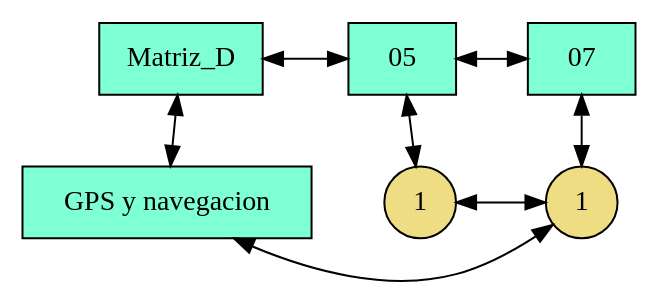
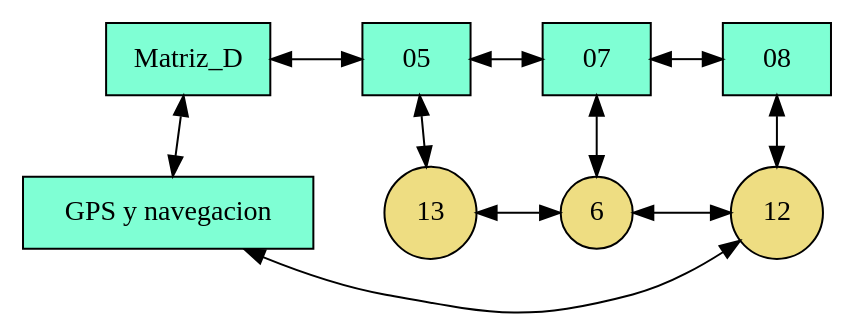
One commit to William58-0/201909103_ProyectoEDD changed the diagram in frontend/src/assets/img/1997-05.dot. Above: the diagram before and after it, drawn with Graphviz. The commit also changed 57 other files, not shown here.

```diff
--- a/frontend/src/assets/img/1997-05.dot
+++ b/frontend/src/assets/img/1997-05.dot
@@ -1,23 +1,30 @@
 digraph {
 rankdir = BT;
 node [shape=rectangle style=filled];
 graph[ nodesep = 0.5];
 { rank=same; nodoMatriz_D; nodo05;}
  { rank=same; nodo05; nodo07;}
- { rank=same; nodoGPS_y_navegacion; nodo07GPS_y_navegacion;}
+ { rank=same; nodo07; nodo08;}
+ { rank=same; nodoGPS_y_navegacion; nodo08GPS_y_navegacion;}
+ { rank=same; nodo08GPS_y_navegacion; nodo07GPS_y_navegacion;}
  { rank=same; nodo07GPS_y_navegacion; nodo05GPS_y_navegacion;}
  nodoMatriz_D [label="Matriz_D" fillcolor=aquamarine]
 nodo05 [label="05" fillcolor=aquamarine]
 nodoMatriz_D->nodo05 [dir=both]
 nodo07 [label="07" fillcolor=aquamarine]
 nodo05->nodo07 [dir=both]
+nodo08 [label="08" fillcolor=aquamarine]
+nodo07->nodo08 [dir=both]
 nodoGPS_y_navegacion [label="GPS y navegacion" fillcolor=aquamarine]
 nodoGPS_y_navegacion->nodoMatriz_D [dir=both]
-nodo07GPS_y_navegacion [label="1" shape=circle fillcolor=lightgoldenrod]
+nodo08GPS_y_navegacion [label="12" shape=circle fillcolor=lightgoldenrod]
+nodo08GPS_y_navegacion->nodo08 [dir=both]
+nodoGPS_y_navegacion->nodo08GPS_y_navegacion [constraint=false; dir=both]
+nodo07GPS_y_navegacion [label="6" shape=circle fillcolor=lightgoldenrod]
 nodo07GPS_y_navegacion->nodo07 [dir=both]
-nodoGPS_y_navegacion->nodo07GPS_y_navegacion [constraint=false; dir=both]
-nodo05GPS_y_navegacion [label="1" shape=circle fillcolor=lightgoldenrod]
+nodo08GPS_y_navegacion->nodo07GPS_y_navegacion [constraint=false; dir=both]
+nodo05GPS_y_navegacion [label="13" shape=circle fillcolor=lightgoldenrod]
 nodo05GPS_y_navegacion->nodo05 [dir=both]
 nodo07GPS_y_navegacion->nodo05GPS_y_navegacion [constraint=false; dir=both]
-{ rank=same; nodoMatriz_D; nodo05; nodo07; }
+{ rank=same; nodoMatriz_D; nodo05; nodo07; nodo08; }
  }
```
